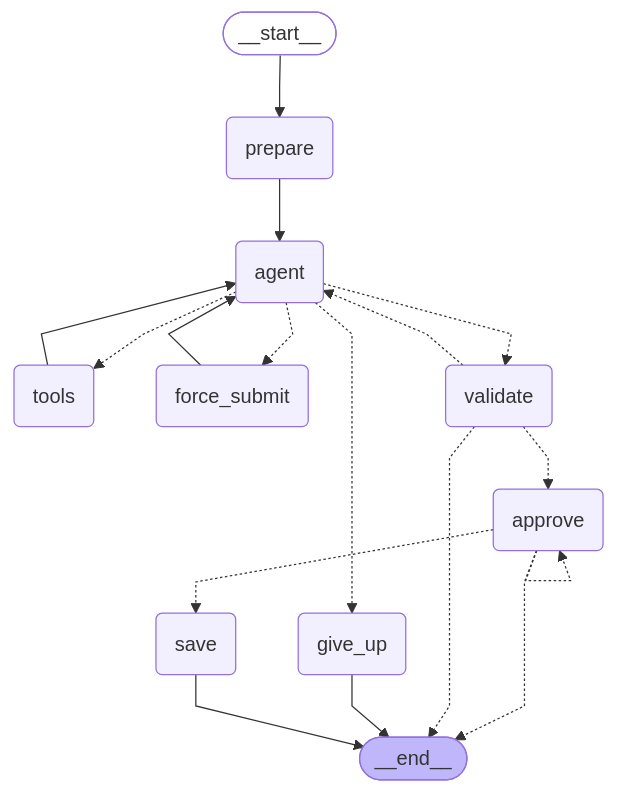
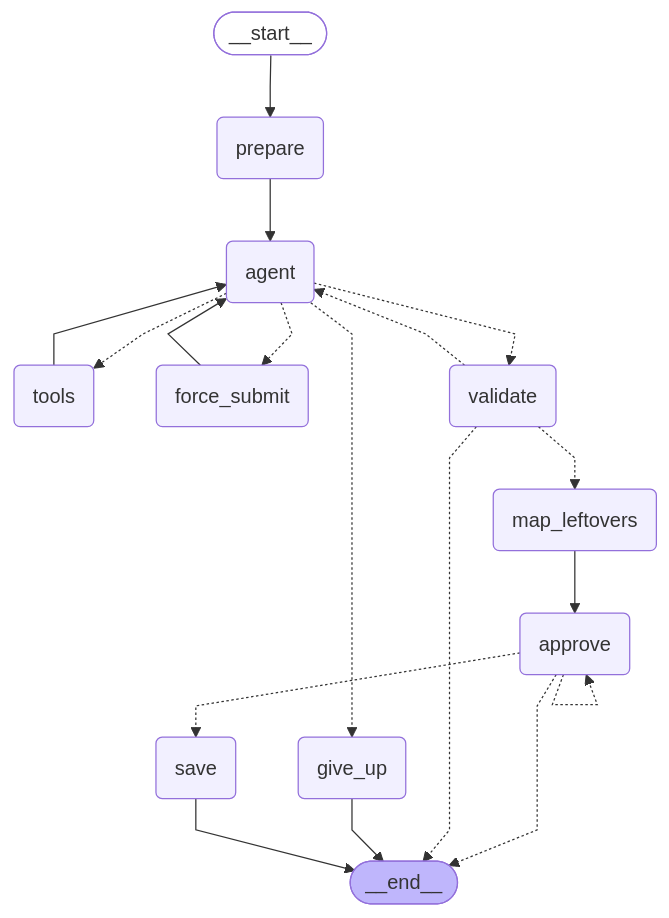
Before and after one commit to naveen-singh-rathore/Data-Medallion: the diagram in docs/dq_agent_graph.md, drawn with Mermaid. The commit also changed 22 other files, not shown here.

````diff
--- a/docs/dq_agent_graph.md
+++ b/docs/dq_agent_graph.md
@@ -5,37 +5,39 @@
 ```mermaid
 ---
 config:
   flowchart:
     curve: linear
 ---
 graph TD;
 	__start__([<p>__start__</p>]):::first
 	prepare(prepare)
 	agent(agent)
 	tools(tools)
 	force_submit(force_submit)
 	validate(validate)
+	map_leftovers(map_leftovers)
 	give_up(give_up)
 	approve(approve)
 	save(save)
 	__end__([<p>__end__</p>]):::last
 	__start__ --> prepare;
 	agent -.-> force_submit;
 	agent -.-> give_up;
 	agent -.-> tools;
 	agent -.-> validate;
 	approve -.-> __end__;
 	approve -.-> save;
 	force_submit --> agent;
+	map_leftovers --> approve;
 	prepare --> agent;
 	tools --> agent;
 	validate -.-> __end__;
 	validate -.-> agent;
-	validate -.-> approve;
+	validate -.-> map_leftovers;
 	give_up --> __end__;
 	save --> __end__;
 	approve -.-> approve;
 	classDef default fill:#f2f0ff,line-height:1.2
 	classDef first fill-opacity:0
 	classDef last fill:#bfb6fc
 ```
````
